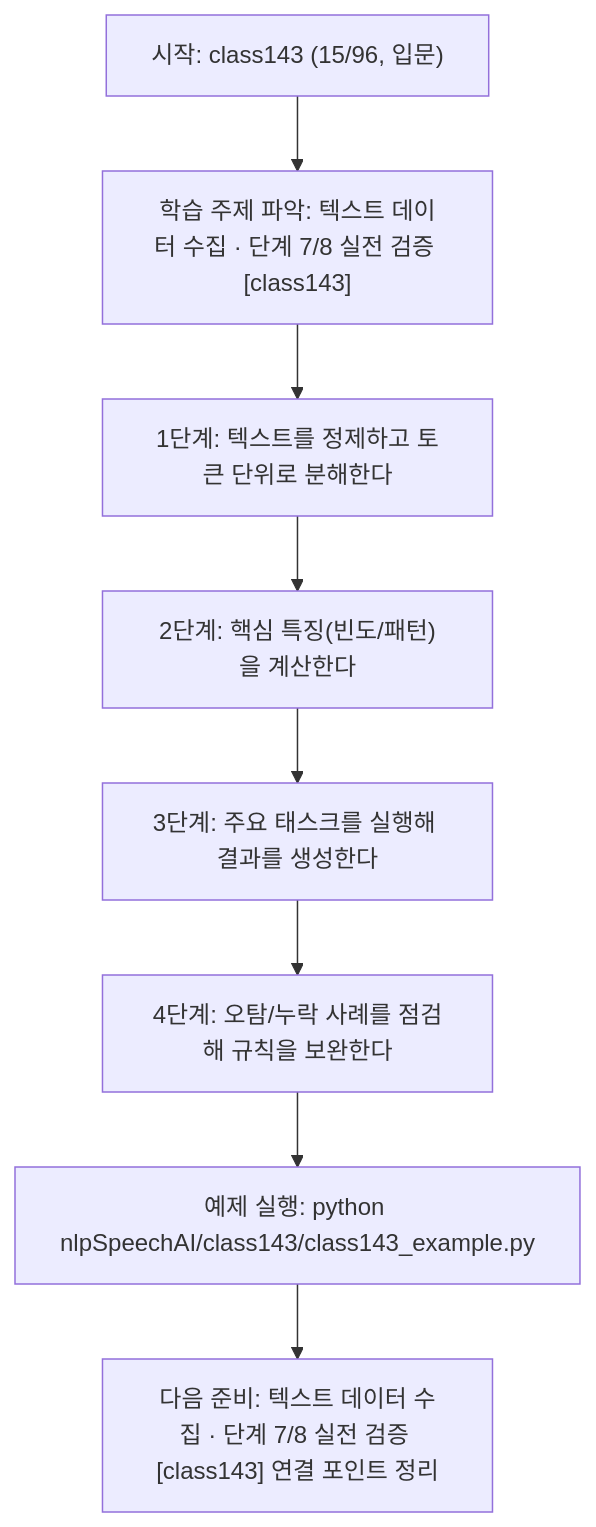
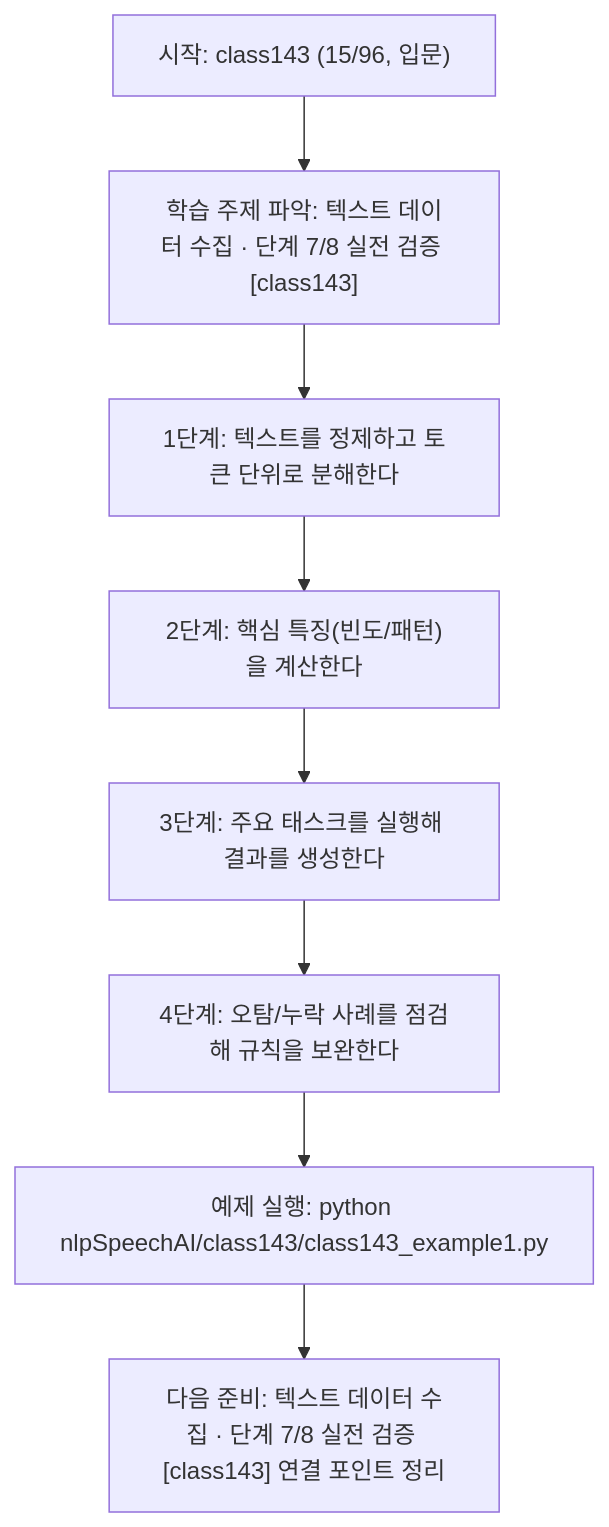
The diagram in nlpSpeechAI/class143/class143.md (edumgt/Python-AI_Agent-Class), drawn with Mermaid before and after one commit. The commit also changed other lines of this file and 2959 other files, not shown here.

````diff
--- a/nlpSpeechAI/class143/class143.md
+++ b/nlpSpeechAI/class143/class143.md
@@ -114,18 +114,18 @@
 ```mermaid
 flowchart TD
 N1["시작: class143 (15/96, 입문)"]
 N2["학습 주제 파악: 텍스트 데이터 수집 · 단계 7/8 실전 검증 [class143]"]
 N3["1단계: 텍스트를 정제하고 토큰 단위로 분해한다"]
 N4["2단계: 핵심 특징(빈도/패턴)을 계산한다"]
 N5["3단계: 주요 태스크를 실행해 결과를 생성한다"]
 N6["4단계: 오탐/누락 사례를 점검해 규칙을 보완한다"]
-N7["예제 실행: python nlpSpeechAI/class143/class143_example.py"]
+N7["예제 실행: python nlpSpeechAI/class143/class143_example1.py"]
 N8["다음 준비: 텍스트 데이터 수집 · 단계 7/8 실전 검증 [class143] 연결 포인트 정리"]
 N1 --> N2
 N2 --> N3
 N3 --> N4
 N4 --> N5
 N5 --> N6
 N6 --> N7
 N7 --> N8
 ```
````
